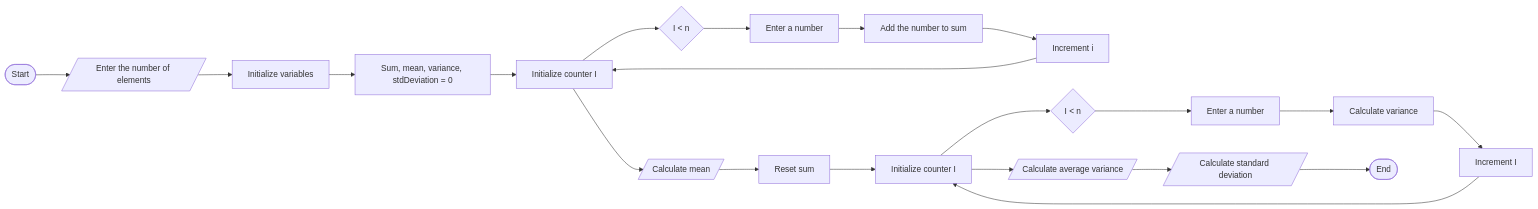
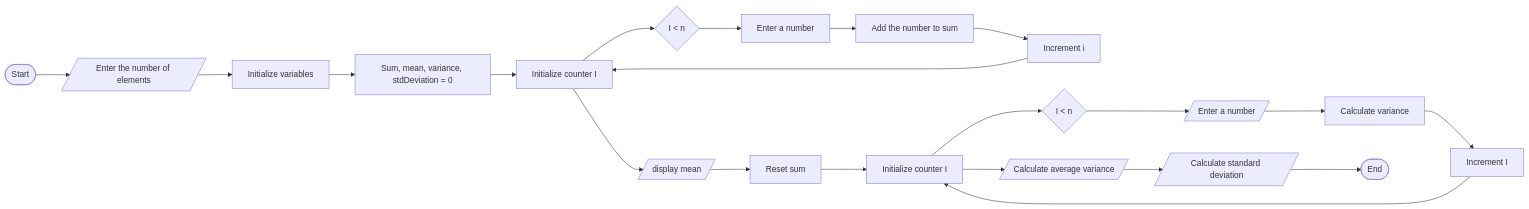
One commit to SWEG-2015EC-Batch/Mr-Robot changed the diagram in ETS1152_15_Robel_Ermiyas/ACTIVITY 4.1/CODE.md. Above: the diagram before and after it, drawn with Mermaid.

````diff
--- a/ETS1152_15_Robel_Ermiyas/ACTIVITY 4.1/CODE.md
+++ b/ETS1152_15_Robel_Ermiyas/ACTIVITY 4.1/CODE.md
@@ -49,23 +49,23 @@
  ```mermaid 
 graph LR
 A([Start]) --> B[/Enter the number of elements/]
 B --> C[Initialize variables]
 C --> D[Sum, mean, variance, stdDeviation = 0]
 D --> E[Initialize counter I]
 E --> F{I < n}
 F --> G[Enter a number]
 G --> H[Add the number to sum]
 H --> I[Increment i]
 I --> E
-E --> J[/Calculate mean/]
+E --> J[/display mean/]
 J --> K[Reset sum]
 K --> L[Initialize counter I]
 L --> M{I < n}
-M --> N[Enter a number]
+M --> N[/Enter a number/]
 N --> O[Calculate variance]
 O --> P[Increment I]
 P --> L
 L --> Q[/Calculate average variance/]
 Q --> R[/Calculate standard deviation/]
 R --> S([End])
 ```
````
